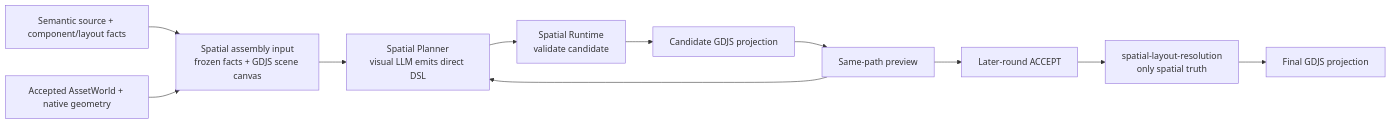
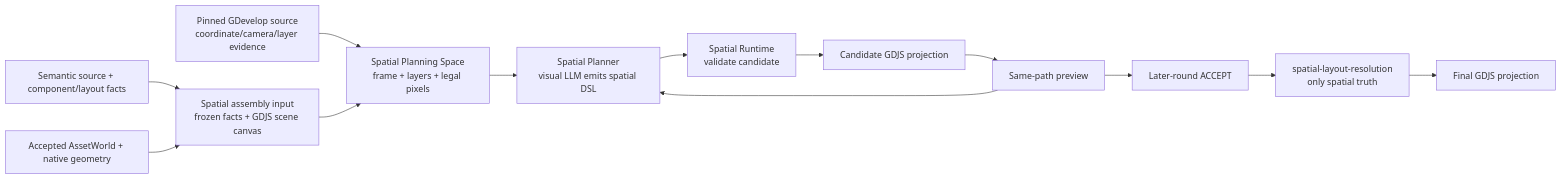
One commit to tylergao11/GameCastle changed the diagram in docs/spatial-engine.md. Above: the diagram before and after it, drawn with Mermaid. The commit also changed other lines of this file and 19 other files, not shown here.

Commit message:
feat(spatial): establish pinned planning space

````diff
--- a/docs/spatial-engine.md
+++ b/docs/spatial-engine.md
@@ -21,13 +23,15 @@
 ```mermaid
 flowchart LR
   S["Semantic source + component/layout facts"] --> I["Spatial assembly input\nfrozen facts + GDJS scene canvas"]
   A["Accepted AssetWorld + native geometry"] --> I
-  I --> C["Spatial Planner\nvisual LLM emits direct DSL"]
+  G["Pinned GDevelop source\ncoordinate/camera/layer evidence"] --> P["Spatial Planning Space\nframe + layers + legal pixels"]
+  I --> P
+  P --> C["Spatial Planner\nvisual LLM emits spatial DSL"]
   C --> V["Spatial Runtime\nvalidate candidate"]
-  V --> P["Candidate GDJS projection"]
-  P --> R["Same-path preview"]
+  V --> J["Candidate GDJS projection"]
+  J --> R["Same-path preview"]
   R --> C
   R --> X["Later-round ACCEPT"]
   X --> T["spatial-layout-resolution\nonly spatial truth"]
   T --> F["Final GDJS projection"]
 ```
````
